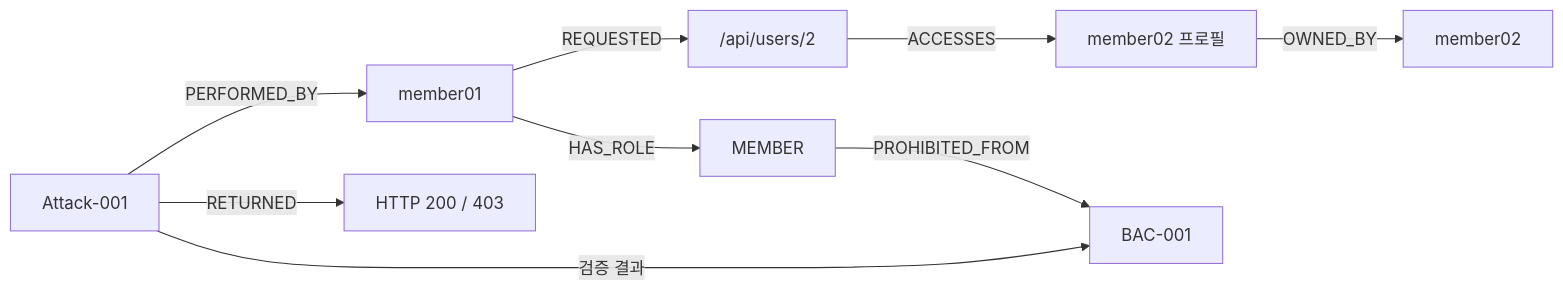
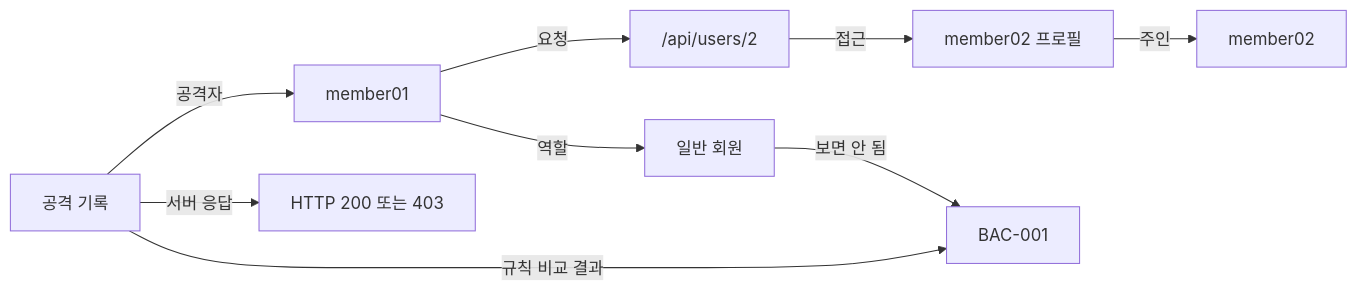
Before and after one commit to dlwldn4824/codex_community: the third of 4 diagrams in project-context/ARCHITECTURE.md, drawn with Mermaid. The commit also changed other lines of this file and 4 other files, not shown here.

````diff
--- a/project-context/ARCHITECTURE.md
+++ b/project-context/ARCHITECTURE.md
@@ -38,11 +40,11 @@
 ```mermaid
 graph LR
-  M1["member01"] -->|"HAS_ROLE"| Member["MEMBER"]
-  M1 -->|"REQUESTED"| Endpoint["/api/users/2"]
-  Endpoint -->|"ACCESSES"| Profile["member02 프로필"]
-  Profile -->|"OWNED_BY"| M2["member02"]
-  Attack["Attack-001"] -->|"PERFORMED_BY"| M1
-  Attack -->|"RETURNED"| HTTP["HTTP 200 / 403"]
-  Member -->|"PROHIBITED_FROM"| Rule["BAC-001"]
-  Attack -->|"검증 결과"| Rule
+  M1["member01"] -->|"역할"| Member["일반 회원"]
+  M1 -->|"요청"| Endpoint["/api/users/2"]
+  Endpoint -->|"접근"| Profile["member02 프로필"]
+  Profile -->|"주인"| M2["member02"]
+  Attack["공격 기록"] -->|"공격자"| M1
+  Attack -->|"서버 응답"| HTTP["HTTP 200 또는 403"]
+  Member -->|"보면 안 됨"| Rule["BAC-001"]
+  Attack -->|"규칙 비교 결과"| Rule
 ```
````
